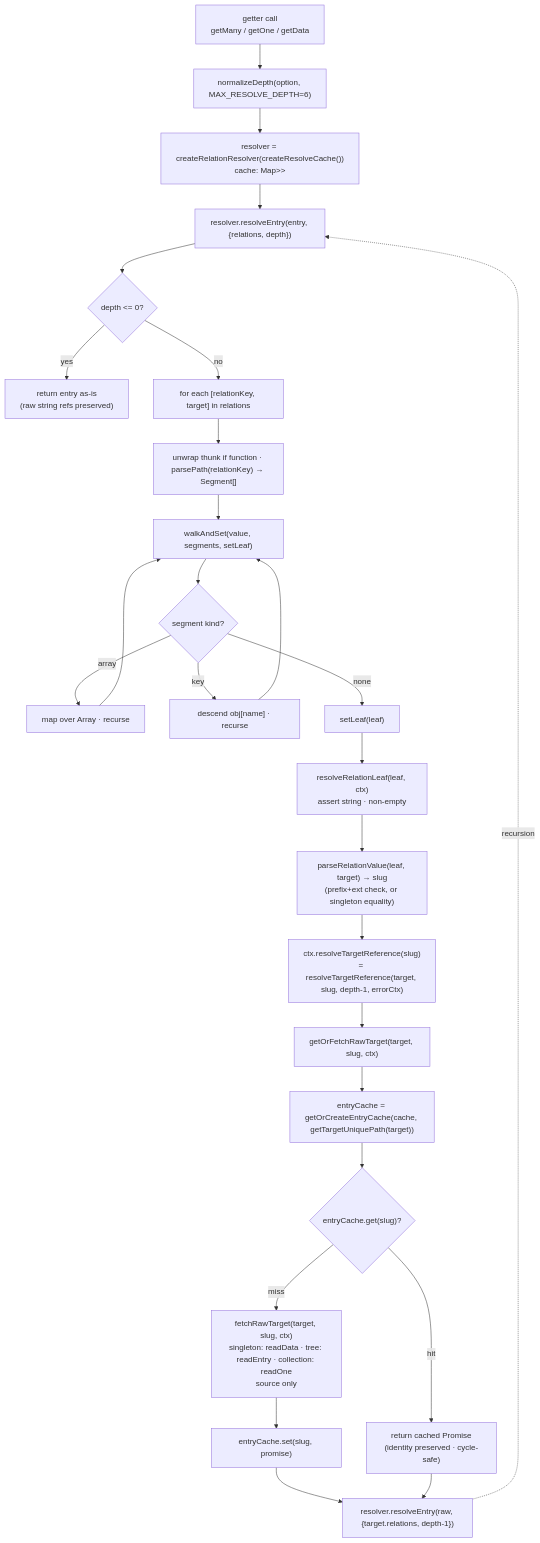
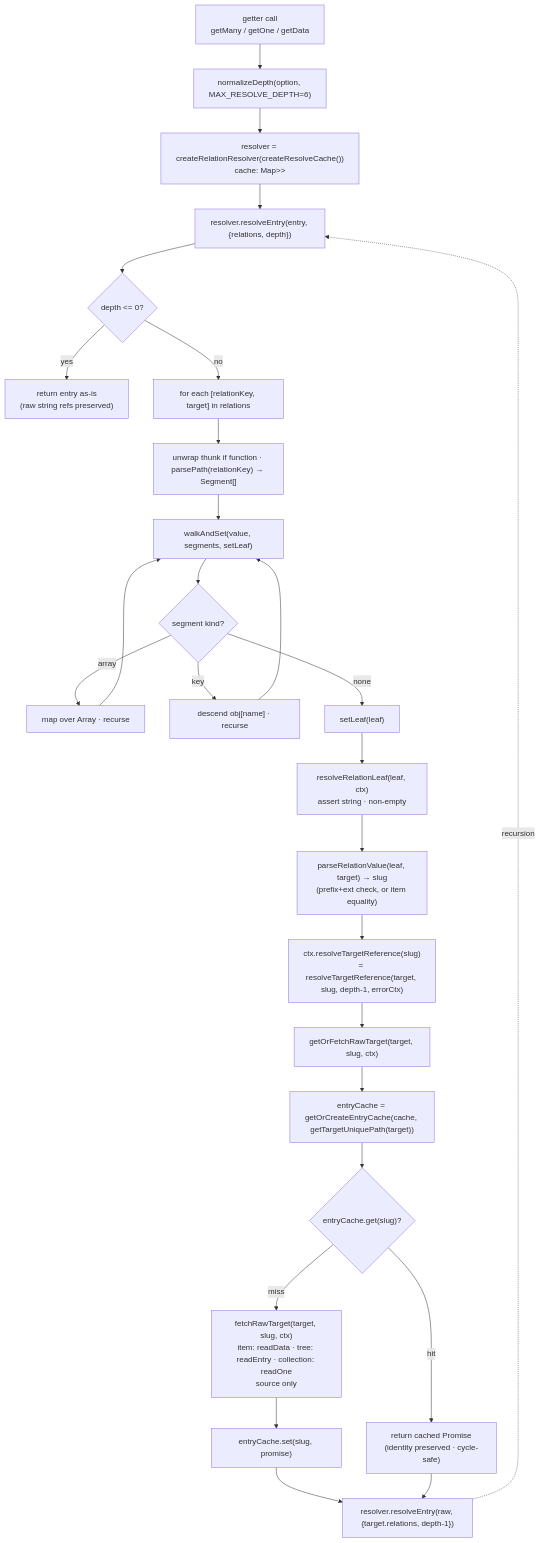
The first of 2 diagrams in specs/05-relationships.md (CharlyMartin/qino), drawn with Mermaid before and after one commit. The commit also changed other lines of this file and 109 other files, not shown here.

First line of the commit message:
feat: implement item and tree definitions with metadata and views

````diff
--- a/specs/05-relationships.md
+++ b/specs/05-relationships.md
@@ -123,29 +123,29 @@
 ```mermaid
 flowchart TD
     A["getter call<br/>getMany / getOne / getData"] --> B["normalizeDepth(option, MAX_RESOLVE_DEPTH=6)"]
     B --> C["resolver = createRelationResolver(createResolveCache())<br/>cache: Map<targetPath, Map<slug, Promise<AnyEntry>>>"]
     C --> E["resolver.resolveEntry(entry, {relations, depth})"]
     E --> E0{"depth <= 0?"}
     E0 -- yes --> Z["return entry as-is<br/>(raw string refs preserved)"]
     E0 -- no --> F["for each [relationKey, target] in relations"]
     F --> G["unwrap thunk if function · parsePath(relationKey) → Segment[]"]
     G --> I["walkAndSet(value, segments, setLeaf)"]
     I --> J{"segment kind?"}
     J -- array --> K["map over Array<T> · recurse"]
     J -- key --> L["descend obj[name] · recurse"]
     J -- none --> M["setLeaf(leaf)"]
     K --> I
     L --> I
     M --> N["resolveRelationLeaf(leaf, ctx)<br/>assert string · non-empty"]
-    N --> O["parseRelationValue(leaf, target) → slug<br/>(prefix+ext check, or singleton equality)"]
+    N --> O["parseRelationValue(leaf, target) → slug<br/>(prefix+ext check, or item equality)"]
     O --> P["ctx.resolveTargetReference(slug)<br/>= resolveTargetReference(target, slug, depth-1, errorCtx)"]
     P --> Q["getOrFetchRawTarget(target, slug, ctx)"]
     Q --> Q1["entryCache = getOrCreateEntryCache(cache, getTargetUniquePath(target))"]
     Q1 --> Q2{"entryCache.get(slug)?"}
     Q2 -- hit --> R["return cached Promise<AnyEntry><br/>(identity preserved · cycle-safe)"]
-    Q2 -- miss --> S["fetchRawTarget(target, slug, ctx)<br/>singleton: readData · tree: readEntry · collection: readOne<br/>source only"]
+    Q2 -- miss --> S["fetchRawTarget(target, slug, ctx)<br/>item: readData · tree: readEntry · collection: readOne<br/>source only"]
     S --> T["entryCache.set(slug, promise)"]
     T --> U["resolver.resolveEntry(raw, {target.relations, depth-1})"]
     R --> U
     U -. recursion .-> E
 ```
````
